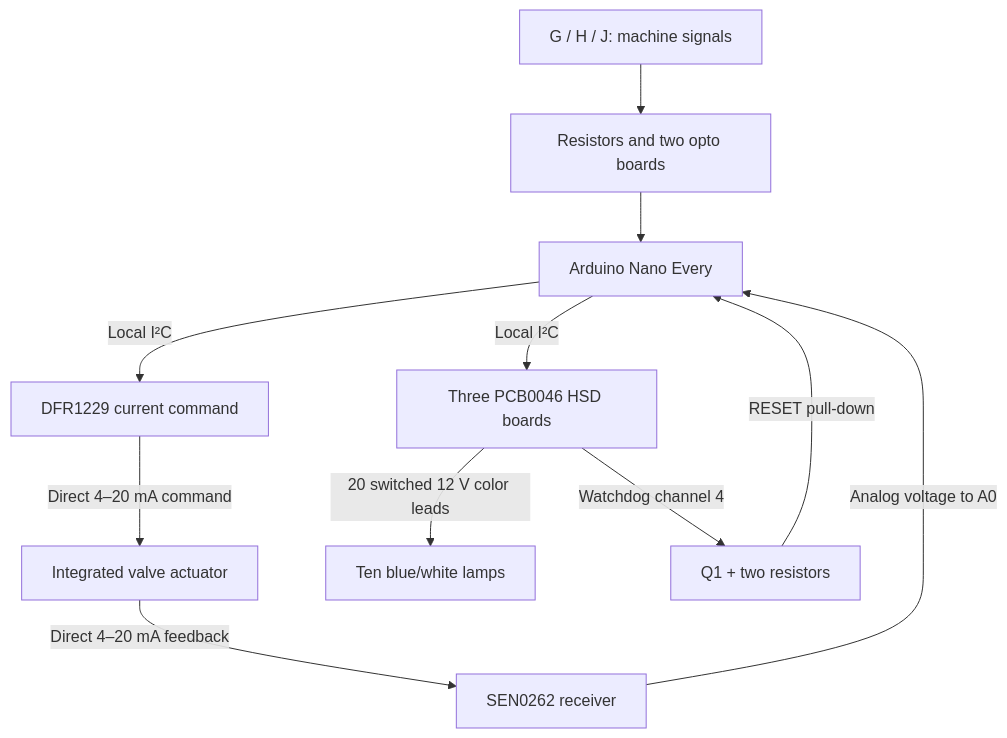
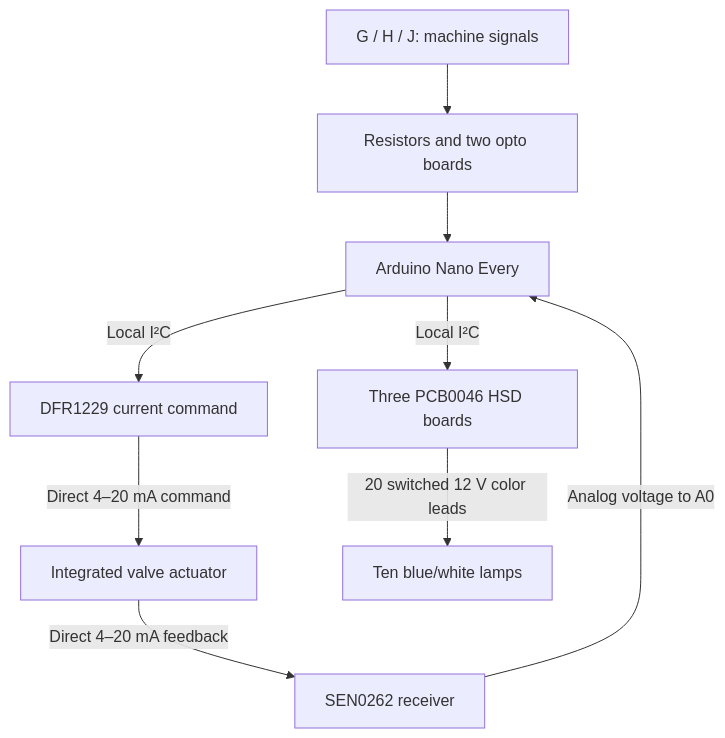
One commit to aeae1/Rock-Saw-Water-Control changed the first of 2 diagrams in docs/connections.md. Above: the diagram before and after it, drawn with Mermaid. The commit also changed other lines of this file and 52 other files, not shown here.

````diff
--- a/docs/connections.md
+++ b/docs/connections.md
@@ -9,13 +9,11 @@
 ```mermaid
 flowchart TD
     I["G / H / J: machine signals"] --> Q["Resistors and two opto boards"]
     Q --> C["Arduino Nano Every"]
     C -->|"Local I²C"| D["DFR1229 current command"]
     D -->|"Direct 4–20 mA command"| V["Integrated valve actuator"]
     V -->|"Direct 4–20 mA feedback"| R["SEN0262 receiver"]
     R -->|"Analog voltage to A0"| C
     C -->|"Local I²C"| H["Three PCB0046 HSD boards"]
     H -->|"20 switched 12 V color leads"| L["Ten blue/white lamps"]
-    H -->|"Watchdog channel 4"| P["Q1 + two resistors"]
-    P -->|"RESET pull-down"| C
 ```
````
